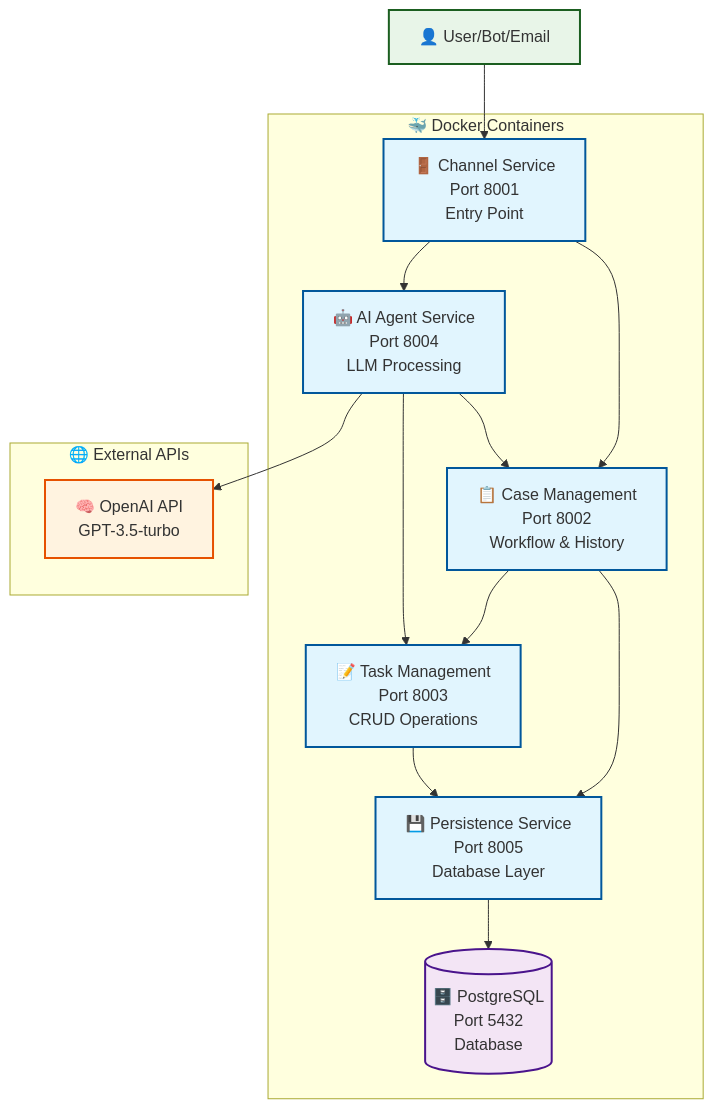
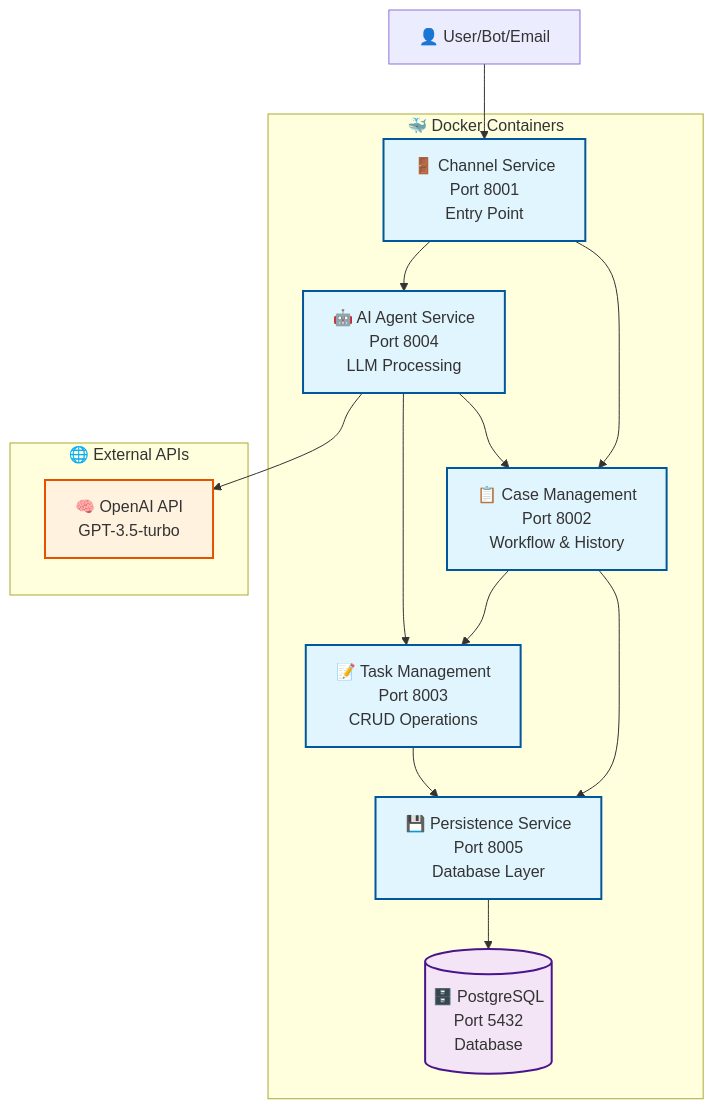
One commit to ravikadam/tasks changed the diagram in README.md. Above: the diagram before and after it, drawn with Mermaid. The commit also changed other lines of this file and 23 other files, not shown here.

````diff
--- a/README.md
+++ b/README.md
@@ -9,40 +18,39 @@
 ```mermaid
 graph TB
     User[👤 User/Bot/Email] --> Channel[🚪 Channel Service<br/>Port 8001<br/>Entry Point]
     
     Channel --> Case[📋 Case Management<br/>Port 8002<br/>Workflow & History]
     Channel --> AI[🤖 AI Agent Service<br/>Port 8004<br/>LLM Processing]
     
     Case --> Task[📝 Task Management<br/>Port 8003<br/>CRUD Operations]
     Case --> Persist[💾 Persistence Service<br/>Port 8005<br/>Database Layer]
     
     Task --> Persist
     AI --> Case
     AI --> Task
     AI --> OpenAI[🧠 OpenAI API<br/>GPT-3.5-turbo]
     
     Persist --> DB[(🗄️ PostgreSQL<br/>Port 5432<br/>Database)]
     
     subgraph "🐳 Docker Containers"
         Channel
         Case
         Task
         AI
         Persist
         DB
     end
     
     subgraph "🌐 External APIs"
         OpenAI
     end
     
     classDef service fill:#e1f5fe,stroke:#01579b,stroke-width:2px
     classDef database fill:#f3e5f5,stroke:#4a148c,stroke-width:2px
     classDef external fill:#fff3e0,stroke:#e65100,stroke-width:2px
     classDef user fill:#e8f5e8,stroke:#1b5e20,stroke-width:2px
     
     class Channel,Case,Task,AI,Persist service
     class DB database
     class OpenAI external
-    class User user
 ```
````
